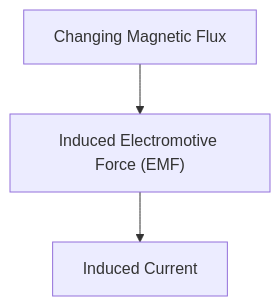
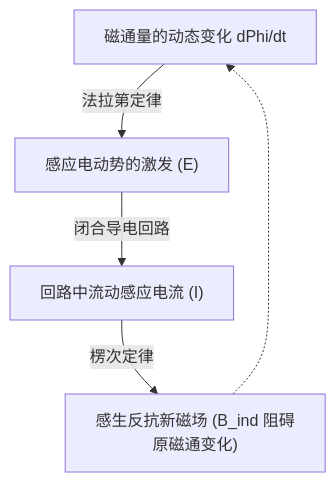
The diagram in content/post/physics-electromagnetic-induction/index.zh-cn.md (kenjinote/blog), drawn with Mermaid before and after one commit. The commit also changed other lines of this file and 219 other files, not shown here.

````diff
--- a/content/post/physics-electromagnetic-induction/index.zh-cn.md
+++ b/content/post/physics-electromagnetic-induction/index.zh-cn.md
@@ -17,5 +41,7 @@
 ```mermaid
 flowchart TD
-    A["Changing Magnetic Flux"] --> B["Induced Electromotive Force (EMF)"]
-    B --> C["Induced Current"]
+    A["磁通量的动态变化 dPhi/dt"] -->|法拉第定律| B["感应电动势的激发 (E)"]
+    B -->|闭合导电回路| C["回路中流动感应电流 (I)"]
+    C -->|楞次定律| D["感生反抗新磁场 (B_ind 阻碍原磁通变化)"]
+    D -.-> A
 ```
````
